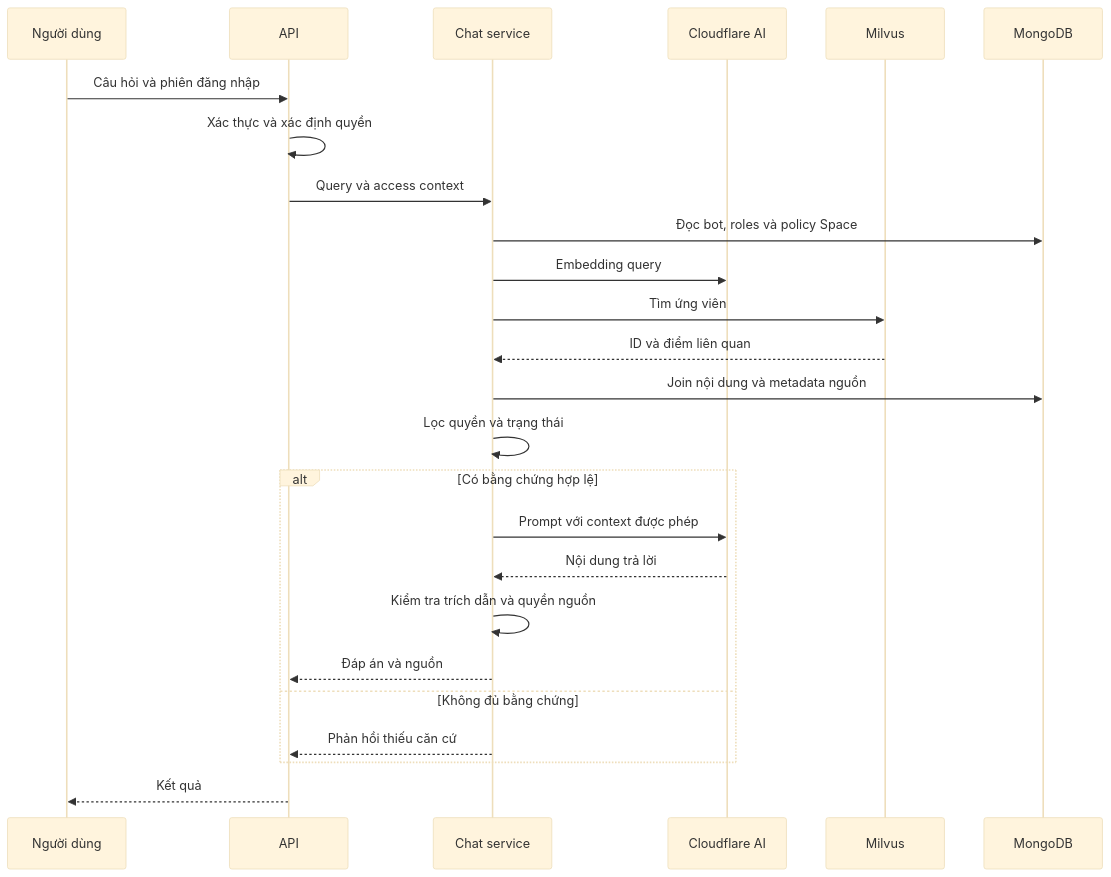
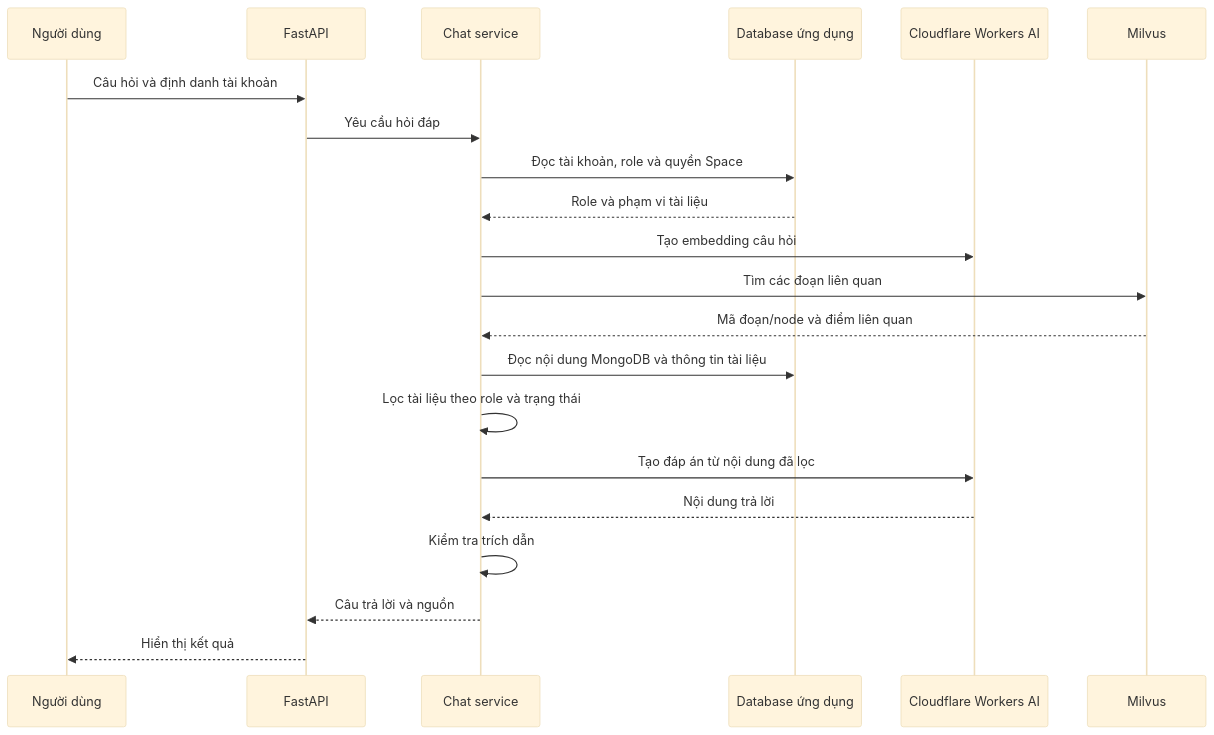
The fifth of 6 diagrams in docs/architecture.md (21tuoino12trieu/Do-An-Ki-Su), drawn with Mermaid (base theme) before and after one commit. The commit also changed other lines of this file and 13 other files, not shown here.

````diff
--- a/docs/architecture.md
+++ b/docs/architecture.md
@@ -419,27 +326,23 @@
 ```mermaid
 sequenceDiagram
     participant U as Người dùng
-    participant A as API
+    participant A as FastAPI
     participant C as Chat service
-    participant AI as Cloudflare AI
+    participant M as Database ứng dụng
+    participant AI as Cloudflare Workers AI
     participant V as Milvus
-    participant M as MongoDB
-    U->>A: Câu hỏi và phiên đăng nhập
-    A->>A: Xác thực và xác định quyền
-    A->>C: Query và access context
-    C->>M: Đọc bot, roles và policy Space
-    C->>AI: Embedding query
-    C->>V: Tìm ứng viên
-    V-->>C: ID và điểm liên quan
-    C->>M: Join nội dung và metadata nguồn
-    C->>C: Lọc quyền và trạng thái
-    alt Có bằng chứng hợp lệ
-        C->>AI: Prompt với context được phép
-        AI-->>C: Nội dung trả lời
-        C->>C: Kiểm tra trích dẫn và quyền nguồn
-        C-->>A: Đáp án và nguồn
-    else Không đủ bằng chứng
-        C-->>A: Phản hồi thiếu căn cứ
-    end
-    A-->>U: Kết quả
+    U->>A: Câu hỏi và định danh tài khoản
+    A->>C: Yêu cầu hỏi đáp
+    C->>M: Đọc tài khoản, role và quyền Space
+    M-->>C: Role và phạm vi tài liệu
+    C->>AI: Tạo embedding câu hỏi
+    C->>V: Tìm các đoạn liên quan
+    V-->>C: Mã đoạn/node và điểm liên quan
+    C->>M: Đọc nội dung MongoDB và thông tin tài liệu
+    C->>C: Lọc tài liệu theo role và trạng thái
+    C->>AI: Tạo đáp án từ nội dung đã lọc
+    AI-->>C: Nội dung trả lời
+    C->>C: Kiểm tra trích dẫn
+    C-->>A: Câu trả lời và nguồn
+    A-->>U: Hiển thị kết quả
 ```
````
